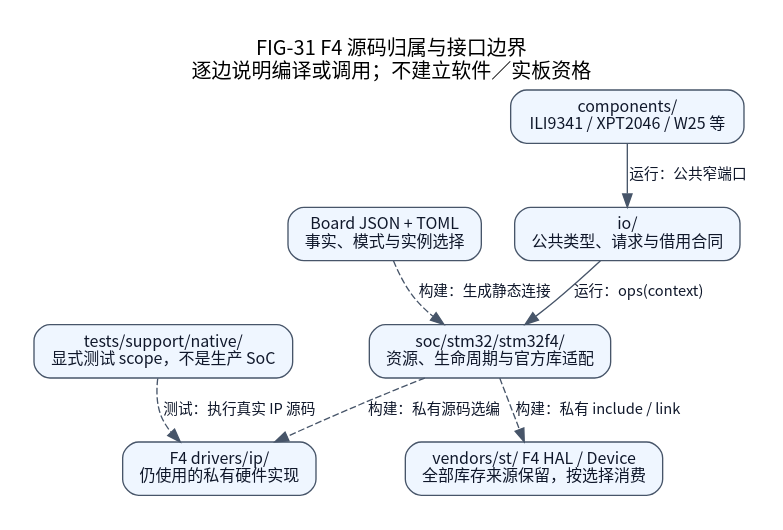
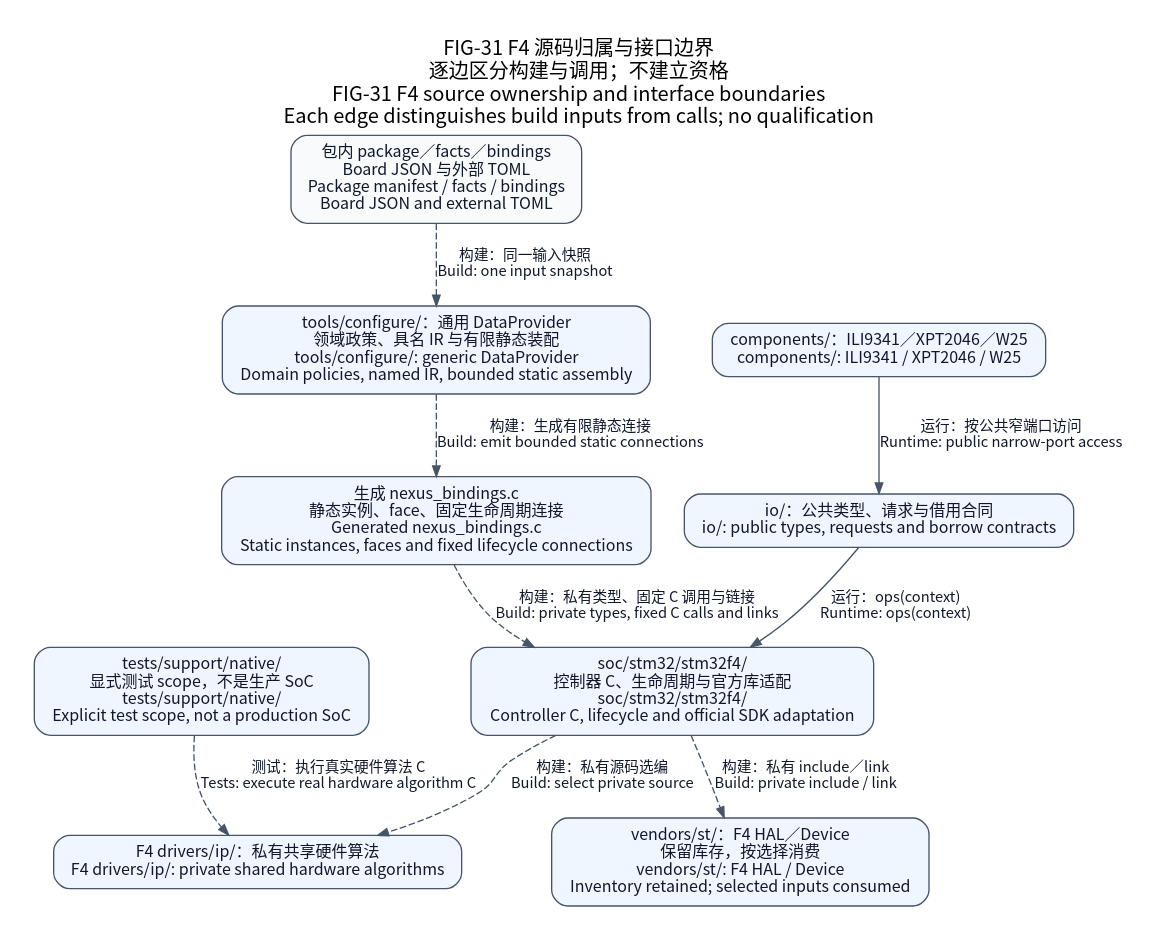
One commit to X-Gen-Lab/nexus changed the diagram in docs/assets/diagrams/driver-source-ownership.dot. Above: the diagram before and after it, drawn with Graphviz. The commit also changed 614 other files, not shown here.

```diff
--- a/docs/assets/diagrams/driver-source-ownership.dot
+++ b/docs/assets/diagrams/driver-source-ownership.dot
@@ -1,19 +1,24 @@
-// FIG-31 current: F4 source ownership; labels distinguish calls and build inputs.
+// Current scoped view. Build-time arrows and runtime calls are labeled explicitly.
+// Code basis: soc/stm32/stm32f4/CMakeLists.txt; tools/configure/data_provider.py; bindings.py; tests/support/native/CMakeLists.txt; io/include/nexus/io
 digraph F4SourceOwnership {
-  graph [rankdir=TB, bgcolor="white", pad=0.25, nodesep=0.35, ranksep=0.5, fontname="Noto Sans CJK SC", fontsize=15, labelloc=t, label="FIG-31 F4 源码归属与接口边界\n逐边说明编译或调用；不建立软件／实板资格"];
-  node [shape=box, style="rounded,filled", fillcolor="#eff6ff", color="#475569", fontcolor="#0f172a", fontname="Noto Sans CJK SC", fontsize=12, margin="0.16,0.10"];
-  edge [color="#475569", fontcolor="#0f172a", fontname="Noto Sans CJK SC", fontsize=11];
-  io [label="io/\n公共类型、请求与借用合同"];
-  f4 [label="soc/stm32/stm32f4/\n资源、生命周期与官方库适配"];
-  ip [label="F4 drivers/ip/\n仍使用的私有硬件实现"];
-  vendor [label="vendors/st/ F4 HAL / Device\n全部库存来源保留，按选择消费"];
-  host [label="tests/support/native/\n显式测试 scope，不是生产 SoC"];
-  components [label="components/\nILI9341 / XPT2046 / W25 等"];
-  config [label="Board JSON + TOML\n事实、模式与实例选择"];
-  io -> f4 [label="运行：ops(context)"];
-  f4 -> ip [label="构建：私有源码选编", style=dashed];
-  f4 -> vendor [label="构建：私有 include / link", style=dashed];
-  host -> ip [label="测试：执行真实 IP 源码", style=dashed];
-  components -> io [label="运行：公共窄端口"];
-  config -> f4 [label="构建：生成静态连接", style=dashed];
+    graph [label="FIG-31 F4 源码归属与接口边界\n逐边区分构建与调用；不建立资格\nFIG-31 F4 source ownership and interface boundaries\nEach edge distinguishes build inputs from calls; no qualification", rankdir=TB, bgcolor="white", pad=0.25, nodesep=0.35, ranksep=0.52, fontname="Noto Sans CJK SC", fontsize=15, labelloc=t];
+    node [shape=box, style="rounded,filled", fillcolor="#eff6ff", color="#475569", fontcolor="#0f172a", fontname="Noto Sans CJK SC", fontsize=12, margin="0.16,0.10"];
+    edge [color="#475569", fontcolor="#0f172a", fontname="Noto Sans CJK SC", fontsize=11, arrowsize=0.8];
+    io [label="io/：公共类型、请求与借用合同\nio/: public types, requests and borrow contracts"];
+    f4 [label="soc/stm32/stm32f4/\n控制器 C、生命周期与官方库适配\nsoc/stm32/stm32f4/\nController C, lifecycle and official SDK adaptation"];
+    ip [label="F4 drivers/ip/：私有共享硬件算法\nF4 drivers/ip/: private shared hardware algorithms"];
+    vendor [label="vendors/st/：F4 HAL／Device\n保留库存，按选择消费\nvendors/st/: F4 HAL / Device\nInventory retained; selected inputs consumed"];
+    host [label="tests/support/native/\n显式测试 scope，不是生产 SoC\ntests/support/native/\nExplicit test scope, not a production SoC"];
+    components [label="components/：ILI9341／XPT2046／W25\ncomponents/: ILI9341 / XPT2046 / W25"];
+    facts [label="包内 package／facts／bindings\nBoard JSON 与外部 TOML\nPackage manifest / facts / bindings\nBoard JSON and external TOML", fillcolor="#f8fafc"];
+    config [label="tools/configure/：通用 DataProvider\n领域政策、具名 IR 与有限静态装配\ntools/configure/: generic DataProvider\nDomain policies, named IR, bounded static assembly"];
+    assembly [label="生成 nexus_bindings.c\n静态实例、face、固定生命周期连接\nGenerated nexus_bindings.c\nStatic instances, faces and fixed lifecycle connections"];
+    components -> io [label="运行：按公共窄端口访问\nRuntime: public narrow-port access"];
+    io -> f4 [label="运行：ops(context)\nRuntime: ops(context)"];
+    f4 -> ip [label="构建：私有源码选编\nBuild: select private source", style=dashed];
+    f4 -> vendor [label="构建：私有 include／link\nBuild: private include / link", style=dashed];
+    host -> ip [label="测试：执行真实硬件算法 C\nTests: execute real hardware algorithm C", style=dashed];
+    facts -> config [label="构建：同一输入快照\nBuild: one input snapshot", style=dashed];
+    config -> assembly [label="构建：生成有限静态连接\nBuild: emit bounded static connections", style=dashed];
+    assembly -> f4 [label="构建：私有类型、固定 C 调用与链接\nBuild: private types, fixed C calls and links", style=dashed];
 }
```
